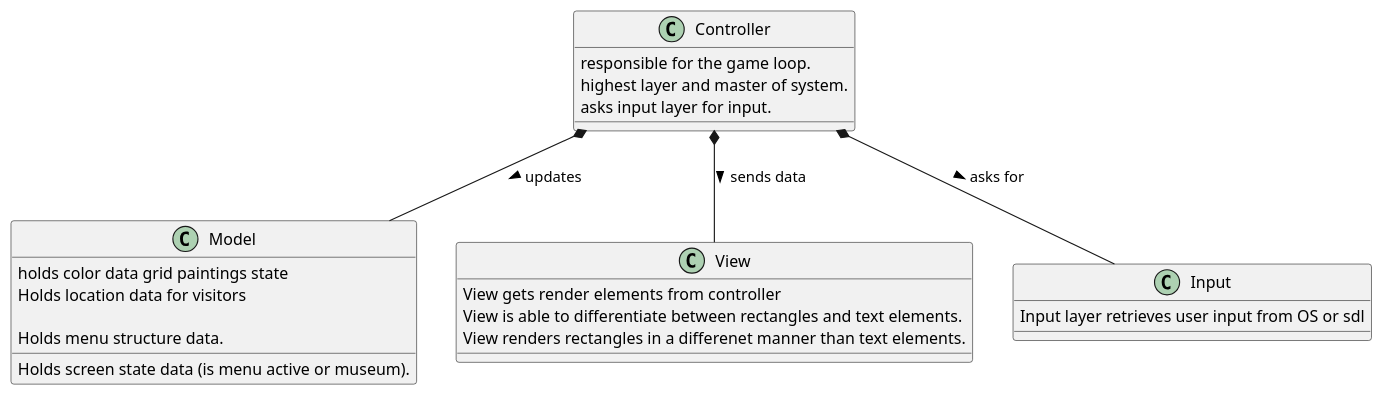
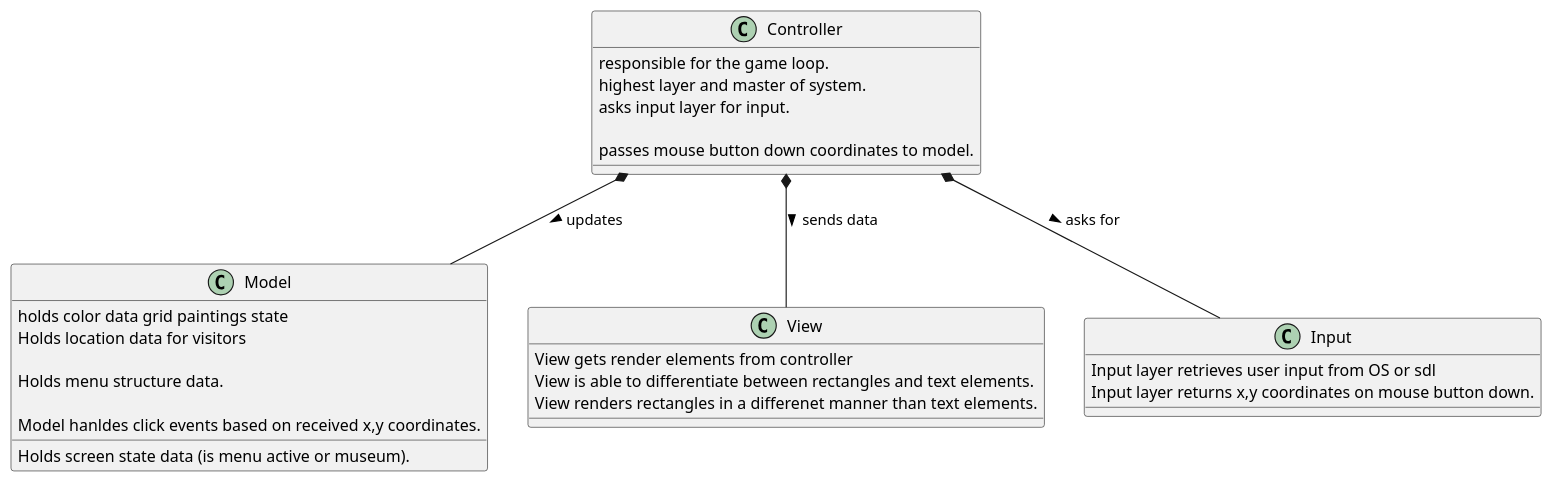
Before and after one commit to heavydragon99/AlgaDepa_Assesment: the diagram in architecture.puml, drawn with PlantUML.

Commit message:
more mouse event details

```diff
--- a/architecture.puml
+++ b/architecture.puml
@@ -1,30 +1,36 @@
 @startuml
 class Controller{
     responsible for the game loop.
     highest layer and master of system.
     asks input layer for input.
+
+    passes mouse button down coordinates to model.
 }
 
 class Model{
     holds color data grid paintings state
     Holds location data for visitors
 
     Holds menu structure data.
     Holds screen state data (is menu active or museum).
+
+    Model hanldes click events based on received x,y coordinates.
 }
 
 class View{
     View gets render elements from controller
     View is able to differentiate between rectangles and text elements.
     View renders rectangles in a differenet manner than text elements.
 }
 
 class Input{
     Input layer retrieves user input from OS or sdl
+    Input layer returns x,y coordinates on mouse button down.
+
 }
 
 Controller *-- Model : updates > 
 Controller *-- View : sends data >
 Controller *-- Input : asks for >
 
 @enduml
```
